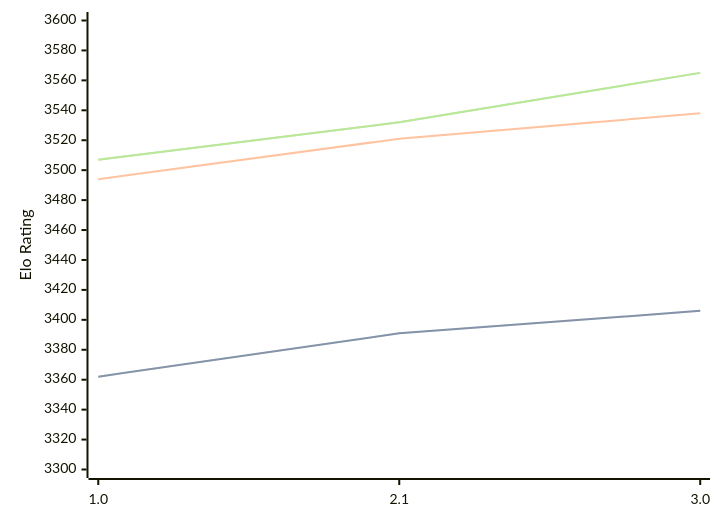
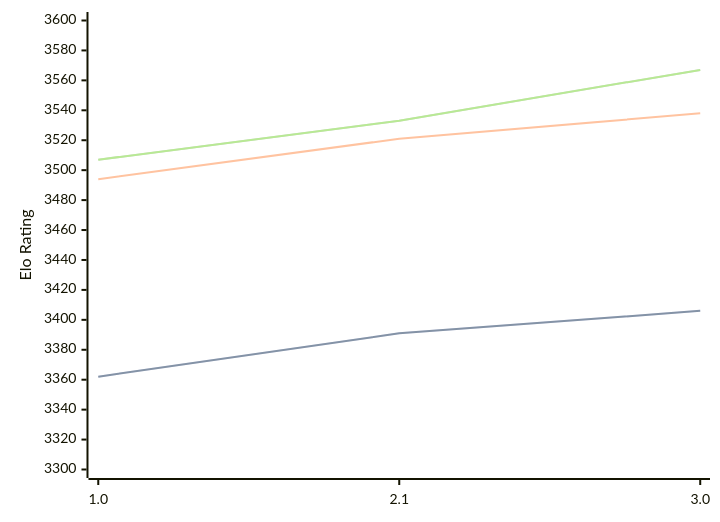
The diagram in engines/Hobbes.md (computer-chess-index/cci), drawn with Mermaid before and after one commit. The commit also changed other lines of this file, not shown here.

Commit message:
Update CCI Ratings (ELO VLTC) - 2026-07-30

````diff
--- a/engines/Hobbes.md
+++ b/engines/Hobbes.md
@@ -34,11 +34,11 @@
 ```mermaid
 %%{init: {"theme":"base","themeVariables":{"seriesColors:['#a3a3a3','#222221','#faa371']}}}%%
 xychart-beta
   x-axis ["1.0", "2.1", "3.0"]
   y-axis "Elo Rating" 3300 --> 3600
   line "STC (8.0+0.08s)" [3362, 3391, 3406]
   line "STC (8.0+0.08s)" [3362, 3391, 3406]
   line "LTC (60.0+0.60s)" [3494, 3521, 3538]
-  line "VLTC (2m24s+1.12s)" [3507, 3532, 3565]
-  line "VLTC (2m24s+1.12s)" [3507, 3532, 3565]
+  line "VLTC (2m24s+1.12s)" [3507, 3533, 3567]
+  line "VLTC (2m24s+1.12s)" [3507, 3533, 3567]
 ```
````
